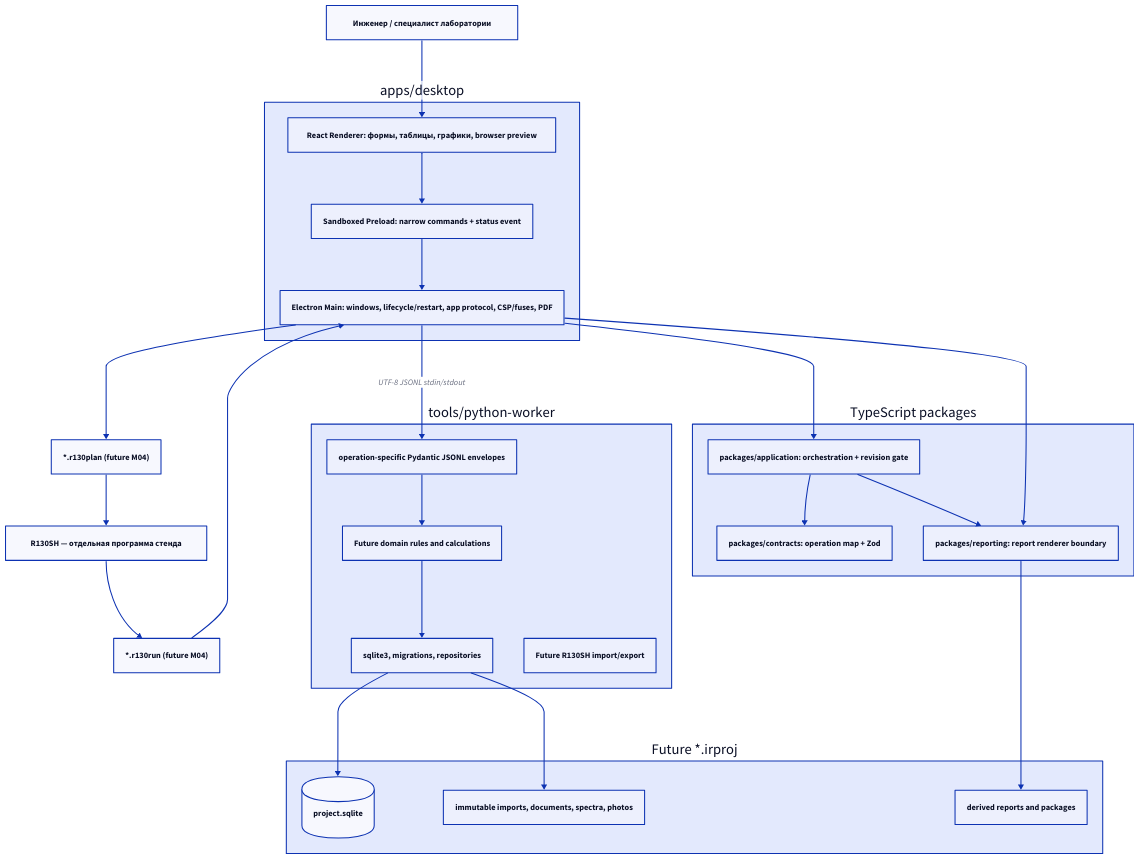
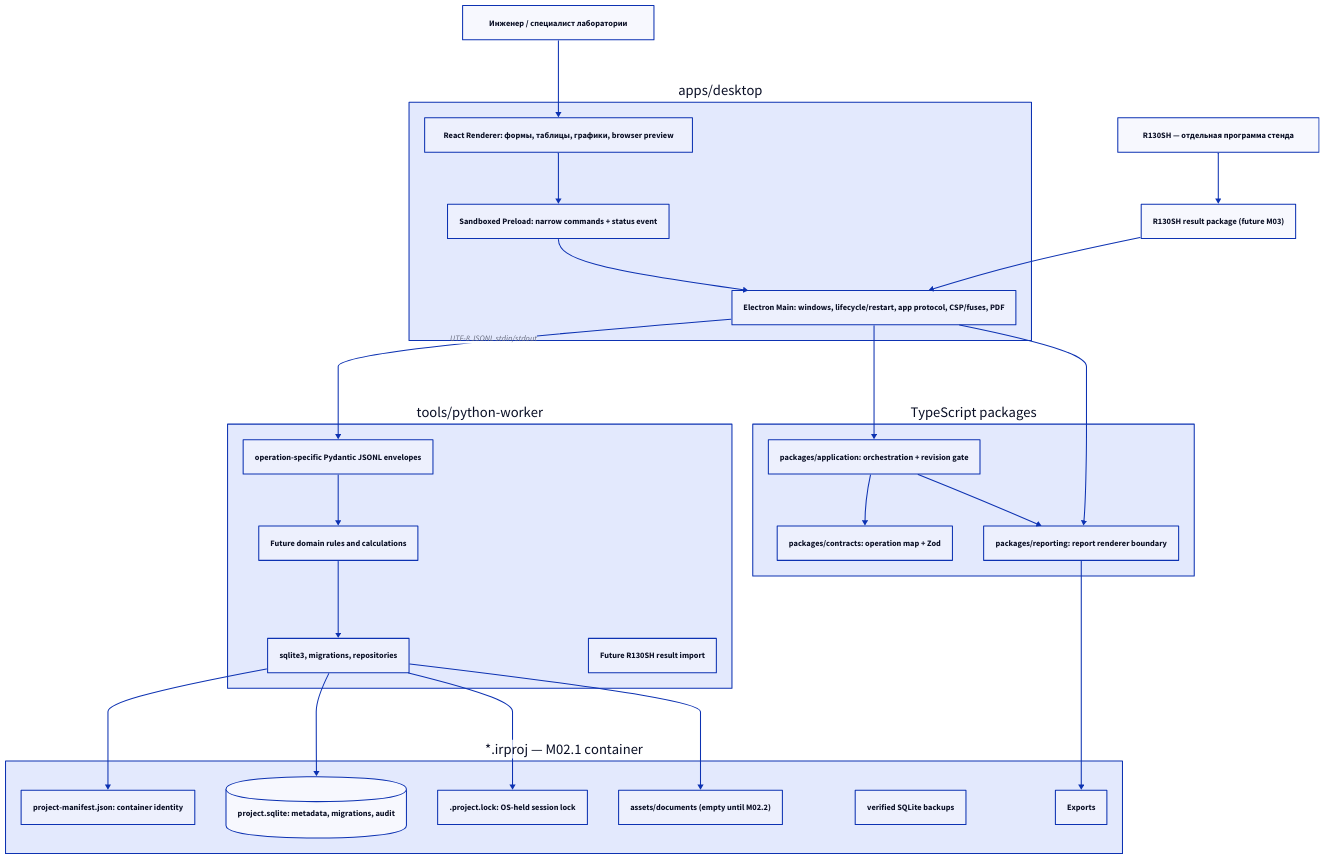
One commit to vitalcc55/impeller-reliability changed the diagram in docs/architecture/system-context-module-map.md. Above: the diagram before and after it, drawn with D2. The commit also changed other lines of this file and 69 other files, not shown here.

````diff
--- a/docs/architecture/system-context-module-map.md
+++ b/docs/architecture/system-context-module-map.md
@@ -5,52 +5,53 @@
 ```d2
 direction: down
 
 Engineer: "Инженер / специалист лаборатории"
 R130SH: "R130SH — отдельная программа стенда"
-PlanPackage: "*.r130plan (future M04)"
-RunPackage: "*.r130run (future M04)"
+RunPackage: "R130SH result package (future M03)"
 
 Desktop: "apps/desktop" {
   Renderer: "React Renderer: формы, таблицы, графики, browser preview"
   Preload: "Sandboxed Preload: narrow commands + status event"
   Main: "Electron Main: windows, lifecycle/restart, app protocol, CSP/fuses, PDF"
 }
 
 TypeScript: "TypeScript packages" {
   Contracts: "packages/contracts: operation map + Zod"
   Application: "packages/application: orchestration + revision gate"
   Reporting: "packages/reporting: report renderer boundary"
 }
 
 Worker: "tools/python-worker" {
   Protocol: "operation-specific Pydantic JSONL envelopes"
   Domain: "Future domain rules and calculations"
   Persistence: "sqlite3, migrations, repositories"
-  Integration: "Future R130SH import/export"
+  Integration: "Future R130SH result import"
 }
 
-Project: "Future *.irproj" {
-  Database: "project.sqlite" { shape: cylinder }
-  Assets: "immutable imports, documents, spectra, photos"
-  Exports: "derived reports and packages"
+Project: "*.irproj — M02.1 container" {
+  Manifest: "project-manifest.json: container identity"
+  Database: "project.sqlite: metadata, migrations, audit" { shape: cylinder }
+  Lock: ".project.lock: OS-held session lock"
+  Assets: "assets/documents (empty until M02.2)"
+  Backups: "verified SQLite backups"
 }
 
 Engineer -> Desktop.Renderer
 Desktop.Renderer -> Desktop.Preload
 Desktop.Preload -> Desktop.Main
 Desktop.Main -> TypeScript.Application
 TypeScript.Application -> TypeScript.Contracts
 Desktop.Main -> Worker.Protocol: "UTF-8 JSONL stdin/stdout"
 Worker.Protocol -> Worker.Domain
 Worker.Domain -> Worker.Persistence
 Worker.Persistence -> Project.Database
+Worker.Persistence -> Project.Manifest
+Worker.Persistence -> Project.Lock
 Worker.Persistence -> Project.Assets
 TypeScript.Application -> TypeScript.Reporting
 Desktop.Main -> TypeScript.Reporting
 TypeScript.Reporting -> Project.Exports
 
-Desktop.Main -> PlanPackage
-PlanPackage -> R130SH
 R130SH -> RunPackage
 RunPackage -> Desktop.Main
 ```
````
